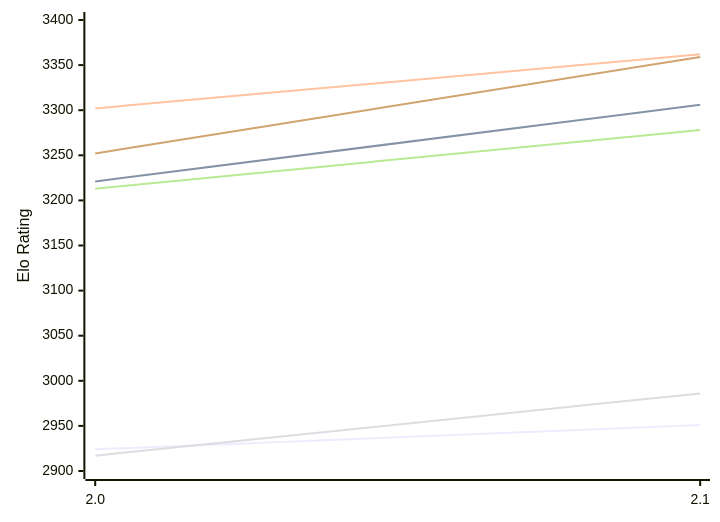
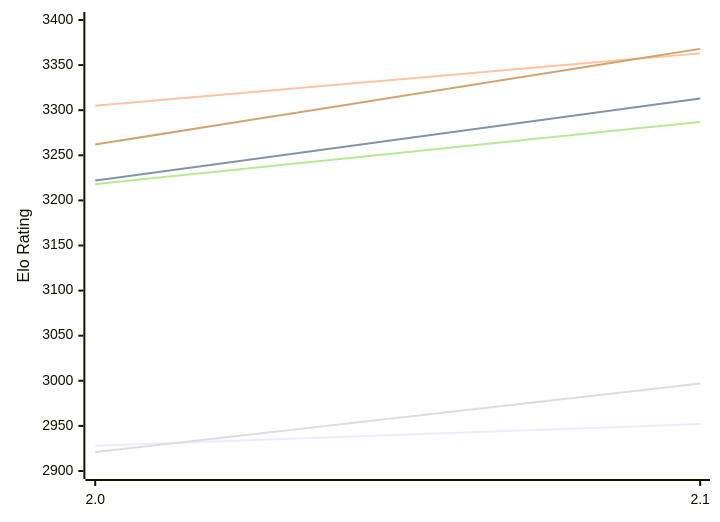
One commit to computer-chess-index/cci changed the first of 2 diagrams in engines/Onslaught.md. Above: the diagram before and after it, drawn with Mermaid. The commit also changed other lines of this file, not shown here.

Commit message:
Update CCI Ratings (ELO VLTC) - 2026-11-25

````diff
--- a/engines/Onslaught.md
+++ b/engines/Onslaught.md
@@ -50,12 +50,12 @@
 ```mermaid
 %%{init: {"theme":"base","themeVariables":{"seriesColors:['#a3a3a3','#222221','#faa371']}}}%%
 xychart-beta
   x-axis ["2.0", "2.1"]
   y-axis "Elo Rating" 2900 --> 3400
-  line "E1: STC (8.0+0.08s)" [2924, 2951]
-  line "E1: LTC (60.0+0.60s)" [3221, 3306]
-  line "E1: VLTC (2m24s+1.12s)" [3302, 3362]
-  line "P1: STC (8.0+0.08s)" [2917, 2986]
-  line "P1: LTC (60.0+0.60s)" [3213, 3278]
-  line "P1: VLTC (2m24s+1.12s)" [3252, 3359]
+  line "E1: STC (8.0+0.08s)" [2928, 2952]
+  line "E1: LTC (60.0+0.60s)" [3222, 3313]
+  line "E1: VLTC (2m24s+1.12s)" [3305, 3363]
+  line "P1: STC (8.0+0.08s)" [2921, 2997]
+  line "P1: LTC (60.0+0.60s)" [3218, 3287]
+  line "P1: VLTC (2m24s+1.12s)" [3262, 3368]
 ```
````
